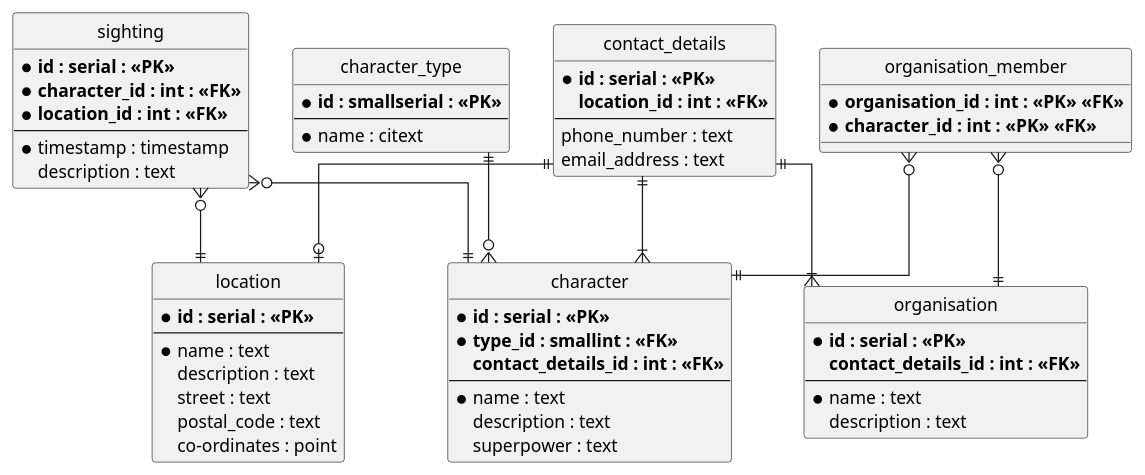
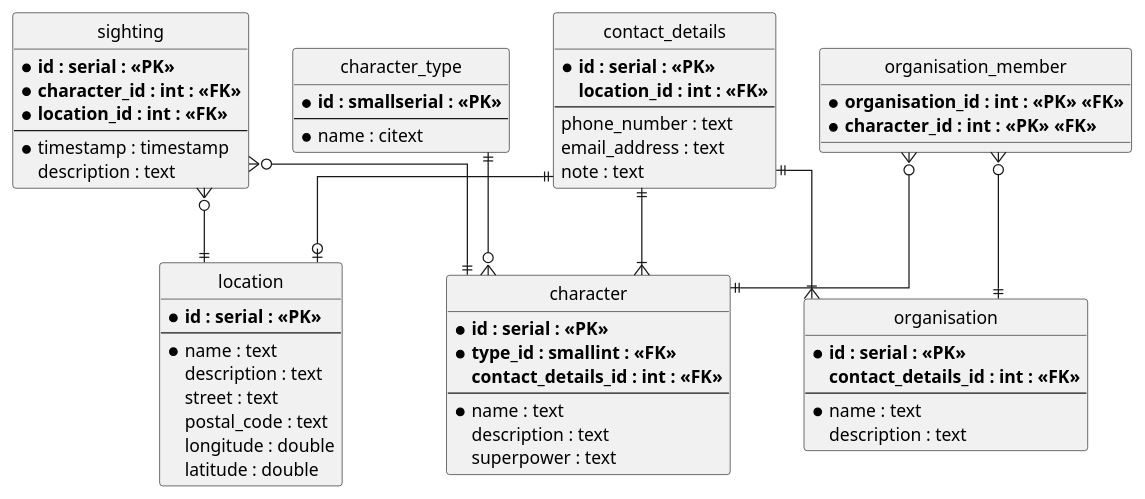
The diagram in sql/entity-relationship-diagram.puml (aidlran/C299), drawn with PlantUML before and after one commit. The commit also changed 23 other files, not shown here.

```diff
--- a/sql/entity-relationship-diagram.puml
+++ b/sql/entity-relationship-diagram.puml
@@ -3,89 +3,91 @@
 @startuml entity-relationship-diagram
 
 '''''''''''''''''''''
 ' PLANTUML SETTINGS '
 '''''''''''''''''''''
 
 ' hide the spot
 hide circle
 
 ' avoid problems with angled crows feet
 skinparam linetype ortho
 
 ''''''''''
 ' TABLES '
 ''''''''''
 
 entity character {
 	* **id : serial : <<PK>>**
 	* **type_id : smallint : <<FK>>**
 	**contact_details_id : int : <<FK>>**
 	--
 	* name : text
 	description : text
 	superpower : text
 }
 
 entity character_type {
 	* **id : smallserial : <<PK>>**
 	--
 	* name : citext
 }
 
 entity contact_details {
 	* **id : serial : <<PK>>**
 	**location_id : int : <<FK>>**
 	--
 	phone_number : text
 	email_address : text
+	note : text
 }
 
 entity location {
 	* **id : serial : <<PK>>**
 	--
 	* name : text
 	description : text
 	street : text
 	postal_code : text
-	co-ordinates : point
+	longitude : double
+	latitude : double
 }
 
 entity organisation {
 	* **id : serial : <<PK>>**
 	**contact_details_id : int : <<FK>>**
 	--
 	* name : text
 	description : text
 }
 
 entity organisation_member {
 	* **organisation_id : int : <<PK>> <<FK>>**
 	* **character_id : int : <<PK>> <<FK>>**
 }
 
 entity sighting {
 	* **id : serial : <<PK>>**
 	* **character_id : int : <<FK>>**
 	* **location_id : int : <<FK>>**
 	--
 	* timestamp : timestamp
 	description : text
 }
 
 '''''''''''''''''
 ' RELATIONSHIPS '
 '''''''''''''''''
 
 character_type  ||--o{ character
 
 contact_details ||--o| location
 contact_details ||--|{ character
 contact_details ||--|{ organisation
 
 organisation_member }o--|| character
 organisation_member }o--|| organisation
 
 sighting }o--|| character
 sighting }o--|| location
 
 @enduml
```
